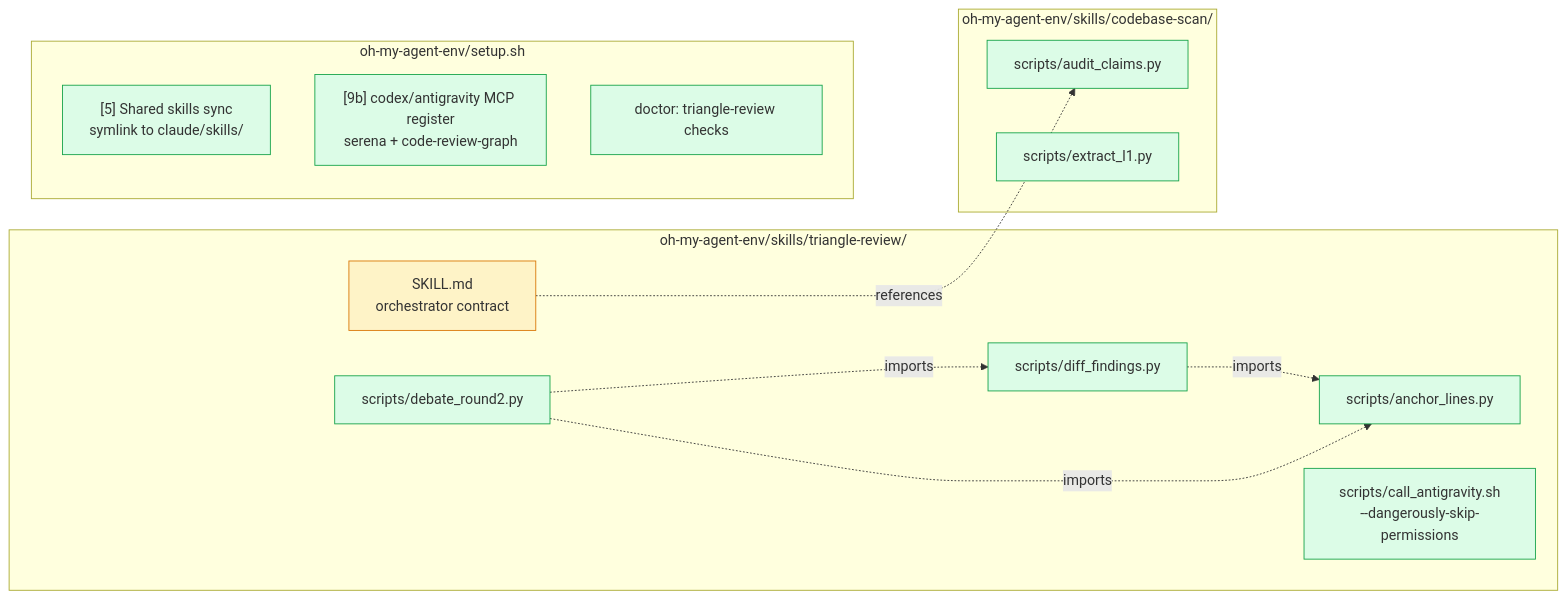
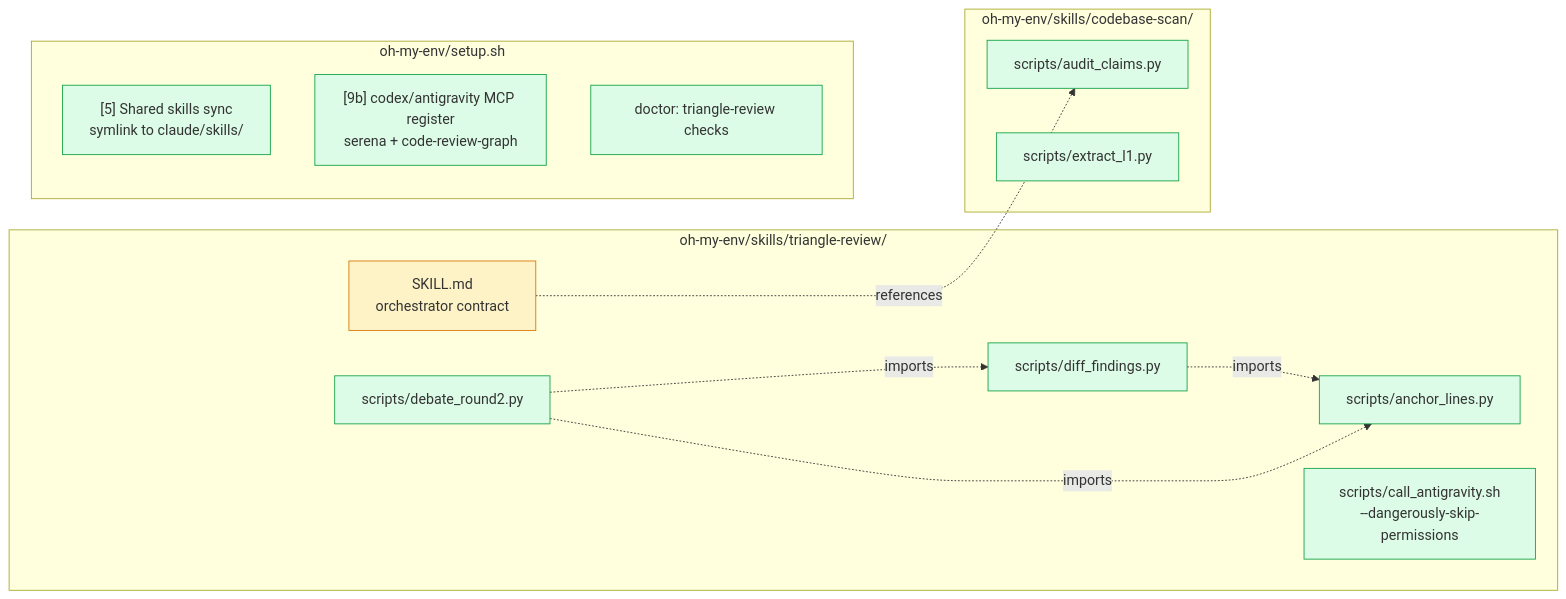
One commit to Byun-jinyoung/oh-my-agent-env changed the fourth of 4 diagrams in skills/triangle-review/PIPELINE.md. Above: the diagram before and after it, drawn with Mermaid. The commit also changed other lines of this file and 26 other files, not shown here.

First line of the commit message:
docs: rename oh-my-agent-env to oh-my-env in visible text and clone URL (#12)

````diff
--- a/skills/triangle-review/PIPELINE.md
+++ b/skills/triangle-review/PIPELINE.md
@@ -193,29 +193,29 @@
 ```mermaid
 flowchart LR
-    subgraph CC["oh-my-agent-env/skills/triangle-review/"]
+    subgraph CC["oh-my-env/skills/triangle-review/"]
         SKILL["SKILL.md<br/>orchestrator contract"]:::doc
         Anchor["scripts/anchor_lines.py"]:::script
         Diff["scripts/diff_findings.py"]:::script
         Debate["scripts/debate_round2.py"]:::script
         Antigravity["scripts/call_antigravity.sh<br/>--dangerously-skip-permissions"]:::script
     end
 
-    subgraph CB["oh-my-agent-env/skills/codebase-scan/"]
+    subgraph CB["oh-my-env/skills/codebase-scan/"]
         Audit["scripts/audit_claims.py"]:::script
         L1["scripts/extract_l1.py"]:::script
     end
 
-    subgraph Setup["oh-my-agent-env/setup.sh"]
+    subgraph Setup["oh-my-env/setup.sh"]
         Sync["[5] Shared skills sync<br/>symlink to claude/skills/"]:::script
         MCP["[9b] codex/antigravity MCP register<br/>serena + code-review-graph"]:::script
         Doctor["doctor: triangle-review checks"]:::script
     end
 
     Diff -. imports .-> Anchor
     Debate -. imports .-> Anchor
     Debate -. imports .-> Diff
     SKILL -. references .-> Audit
 
     classDef doc fill:#fef3c7,stroke:#d97706
     classDef script fill:#dcfce7,stroke:#16a34a
 ```
````
